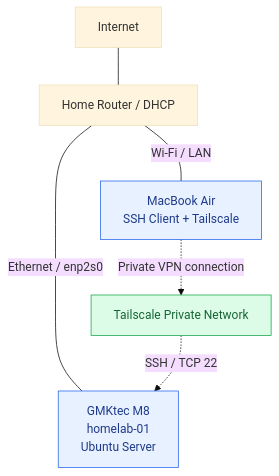
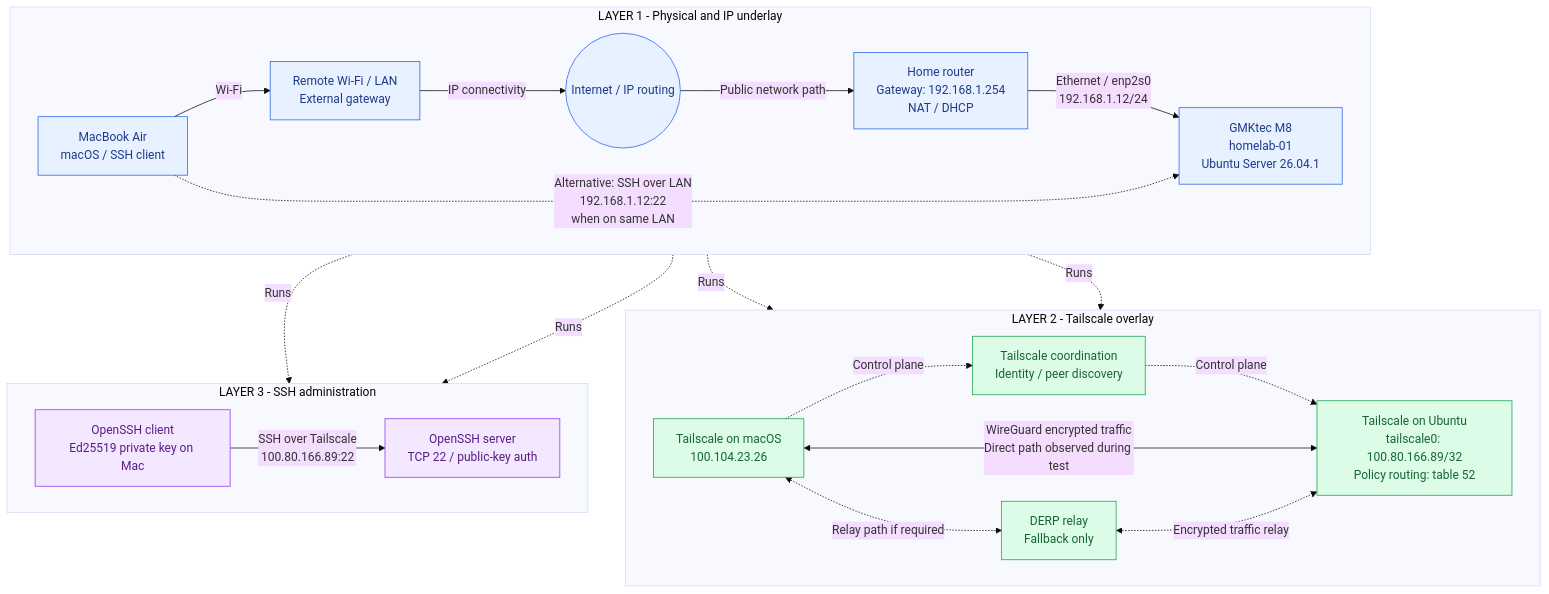
The diagram in diagrams/architecture.md (Mouhamadoub977/homelab), drawn with Mermaid (base theme) before and after one commit. The commit also changed other lines of this file, not shown here.

Commit message:
detail network underlay overlay routing

````diff
--- a/diagrams/architecture.md
+++ b/diagrams/architecture.md
@@ -5,21 +5,54 @@
 ```mermaid
-flowchart TD
-    Internet["Internet"]
-    Router["Home Router / DHCP"]
-    Mac["MacBook Air<br/>SSH Client + Tailscale"]
-    Server["GMKtec M8<br/>homelab-01<br/>Ubuntu Server"]
-    Tailnet["Tailscale Private Network"]
 
-    Internet --- Router
-    Router ---|"Ethernet / enp2s0"| Server
-    Router ---|"Wi-Fi / LAN"| Mac
+flowchart TB
+    subgraph UNDERLAY["LAYER 1 - Physical and IP underlay"]
+        direction LR
+        MAC["MacBook Air<br/>macOS / SSH client"]
+        ACCESS["Remote Wi-Fi / LAN<br/>External gateway"]
+        INTERNET(("Internet / IP routing"))
+        ROUTER["Home router<br/>Gateway: 192.168.1.254<br/>NAT / DHCP"]
+        SERVER["GMKtec M8<br/>homelab-01<br/>Ubuntu Server 26.04.1"]
 
-    Mac -.->|"Private VPN connection"| Tailnet
-    Tailnet -.->|"SSH / TCP 22"| Server
+        MAC -->|"Wi-Fi"| ACCESS
+        ACCESS -->|"IP connectivity"| INTERNET
+        INTERNET -->|"Public network path"| ROUTER
+        ROUTER -->|"Ethernet / enp2s0<br/>192.168.1.12/24"| SERVER
+    end
 
-    classDef device fill:#e8f1ff,stroke:#2563eb,color:#1e3a8a
-    classDef vpn fill:#dcfce7,stroke:#16a34a,color:#166534
+    subgraph OVERLAY["LAYER 2 - Tailscale overlay"]
+        direction LR
+        TS_MAC["Tailscale on macOS<br/>100.104.23.26"]
+        CONTROL["Tailscale coordination<br/>Identity / peer discovery"]
+        DERP["DERP relay<br/>Fallback only"]
+        TS_SERVER["Tailscale on Ubuntu<br/>tailscale0: 100.80.166.89/32<br/>Policy routing: table 52"]
 
-    class Mac,Server device
-    class Tailnet vpn
+        TS_MAC -.->|"Control plane"| CONTROL
+        CONTROL -.->|"Control plane"| TS_SERVER
+        TS_MAC <-->|"WireGuard encrypted traffic<br/>Direct path observed during test"| TS_SERVER
+        TS_MAC <-.->|"Relay path if required"| DERP
+        DERP <-.->|"Encrypted traffic relay"| TS_SERVER
+    end
+
+    subgraph ADMIN["LAYER 3 - SSH administration"]
+        direction LR
+        CLIENT["OpenSSH client<br/>Ed25519 private key on Mac"]
+        SSHD["OpenSSH server<br/>TCP 22 / public-key auth"]
+        CLIENT -->|"SSH over Tailscale<br/>100.80.166.89:22"| SSHD
+    end
+
+    MAC -.->|"Runs"| TS_MAC
+    SERVER -.->|"Runs"| TS_SERVER
+    MAC -.->|"Runs"| CLIENT
+    SERVER -.->|"Runs"| SSHD
+
+    MAC -.->|"Alternative: SSH over LAN<br/>192.168.1.12:22<br/>when on same LAN"| SERVER
+
+    classDef physical fill:#e8f1ff,stroke:#2563eb,color:#1e3a8a
+    classDef overlay fill:#dcfce7,stroke:#16a34a,color:#166534
+    classDef admin fill:#f3e8ff,stroke:#9333ea,color:#581c87
+
+    class MAC,ACCESS,INTERNET,ROUTER,SERVER physical
+    class TS_MAC,CONTROL,DERP,TS_SERVER overlay
+    class CLIENT,SSHD admin
+
 ```
````
